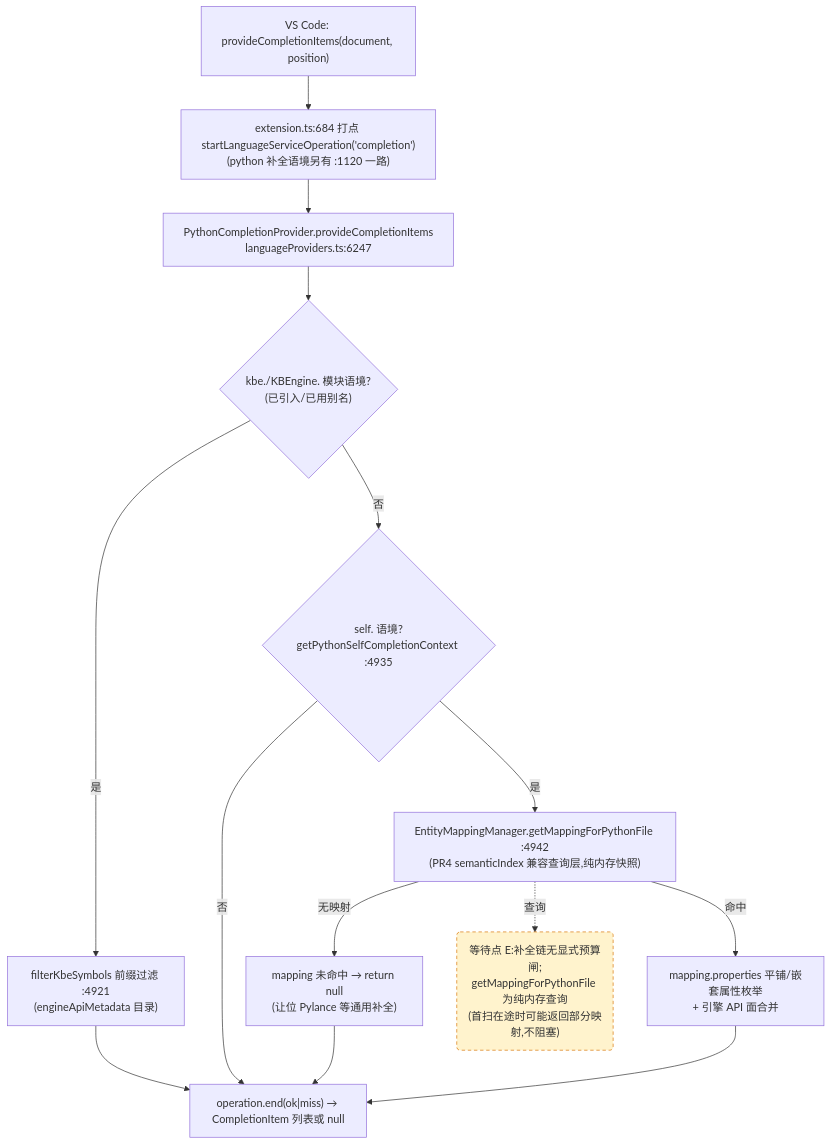
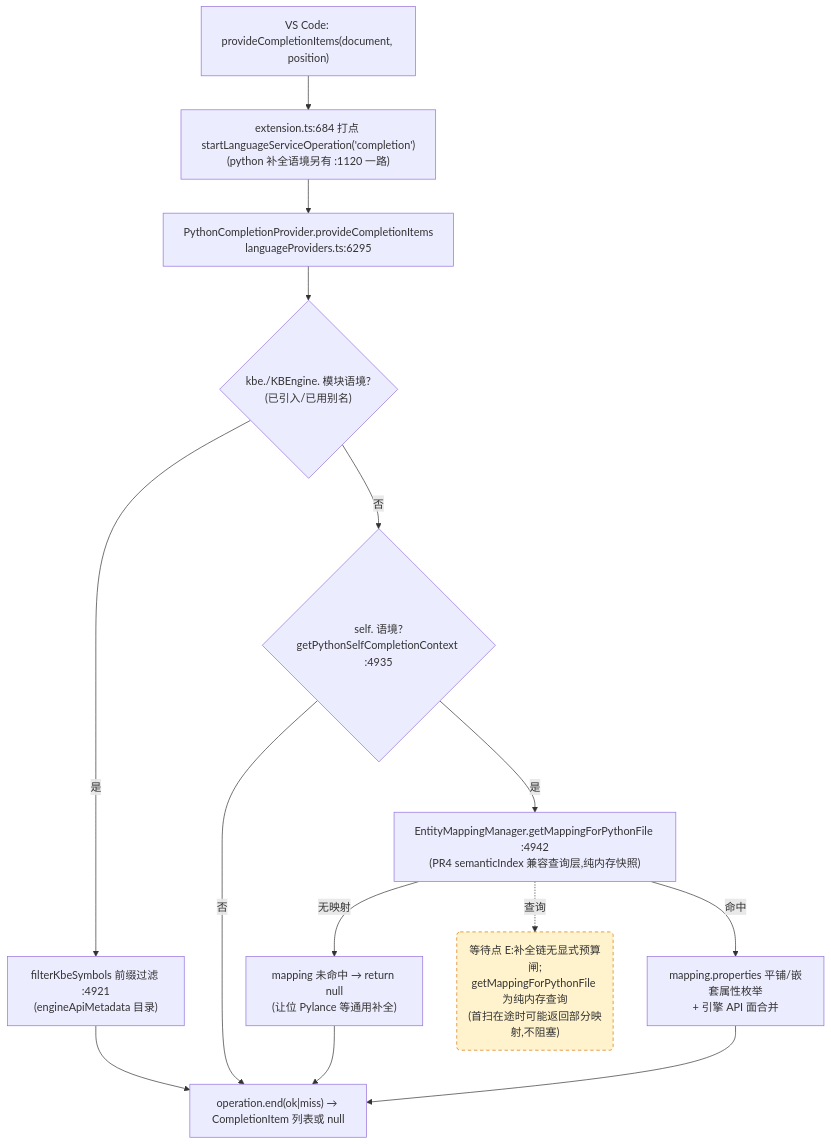
One commit to cuihairu/kode changed the third of 4 diagrams in docs/perf/2026-baseline.md. Above: the diagram before and after it, drawn with Mermaid. The commit also changed other lines of this file and 3 other files, not shown here.

````diff
--- a/docs/perf/2026-baseline.md
+++ b/docs/perf/2026-baseline.md
@@ -184,27 +184,27 @@
 ```mermaid
 flowchart TD
   VC3["VS Code: provideCompletionItems(document, position)"]
   M3["extension.ts:684 打点 startLanguageServiceOperation('completion')<br/>(python 补全语境另有 :1120 一路)"]
-  CP["PythonCompletionProvider.provideCompletionItems<br/>languageProviders.ts:6247"]
+  CP["PythonCompletionProvider.provideCompletionItems<br/>languageProviders.ts:6295"]
   KBEC{"kbe./KBEngine. 模块语境?<br/>(已引入/已用别名)"}
   FILTER["filterKbeSymbols 前缀过滤 :4921<br/>(engineApiMetadata 目录)"]
   SELFC{"self. 语境?<br/>getPythonSelfCompletionContext :4935"}
   MAP["EntityMappingManager.getMappingForPythonFile :4942<br/>(PR4 semanticIndex 兼容查询层,纯内存快照)"]
   NOMAP["mapping 未命中 → return null<br/>(让位 Pylance 等通用补全)"]
   PROPS["mapping.properties 平铺/嵌套属性枚举<br/>+ 引擎 API 面合并"]
   END3["operation.end(ok|miss) → CompletionItem 列表或 null"]
 
   VC3 --> M3 --> CP --> KBEC
   KBEC -- "是" --> FILTER --> END3
   KBEC -- "否" --> SELFC
   SELFC -- "否" --> END3
   SELFC -- "是" --> MAP
   MAP -- "无映射" --> NOMAP --> END3
   MAP -- "命中" --> PROPS --> END3
 
   WAITE("等待点 E:补全链无显式预算闸;<br/>getMappingForPythonFile 为纯内存查询<br/>(首扫在途时可能返回部分映射,不阻塞)")
   MAP -.->|查询| WAITE
 
   classDef waitPoint fill:#fff3cd,stroke:#d97706,stroke-dasharray:5 4;
   class WAITE waitPoint;
 ```
````
